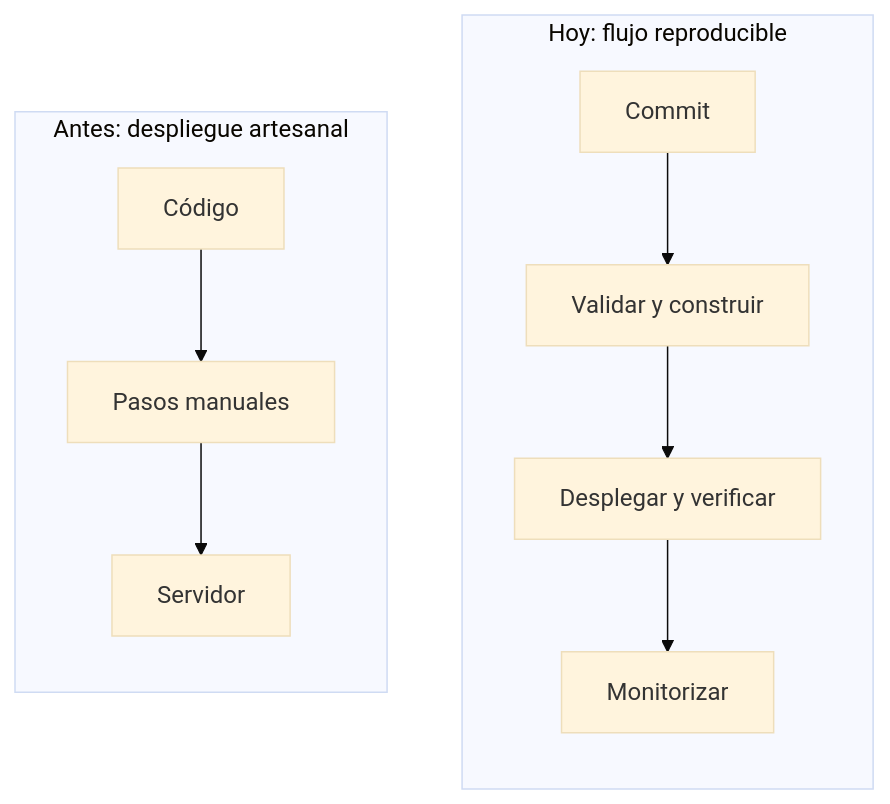
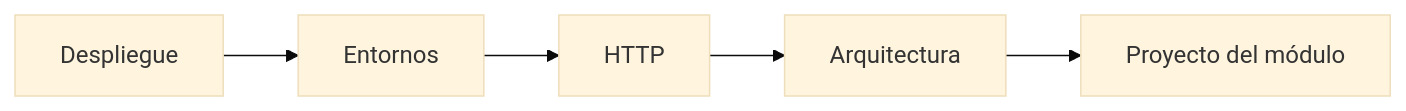
The first of 5 diagrams in docs/tema1/arquitecturas-despliegue.md (alejandroroig/despliegue-daw), drawn with Mermaid (base theme) before and after one commit. The commit also changed other lines of this file and 7 other files, not shown here.

````diff
--- a/docs/tema1/arquitecturas-despliegue.md
+++ b/docs/tema1/arquitecturas-despliegue.md
@@ -32,14 +17,7 @@
 ```mermaid
-flowchart TB
-    subgraph MOD["Hoy: flujo reproducible"]
-        direction TB
-        B1["Commit"] --> B2["Validar y construir"]
-        B2 --> B3["Desplegar y verificar"]
-        B3 --> B4["Monitorizar"]
-    end
-
-    subgraph ANT["Antes: despliegue artesanal"]
-        direction TB
-        A1["Código"] --> A2["Pasos manuales"] --> A3["Servidor"]
-    end
+flowchart LR
+    A["Despliegue"] --> B["Entornos"]
+    B --> C["HTTP"]
+    C --> D["Arquitectura"]
+    D --> E["Proyecto del módulo"]
 ```
````
